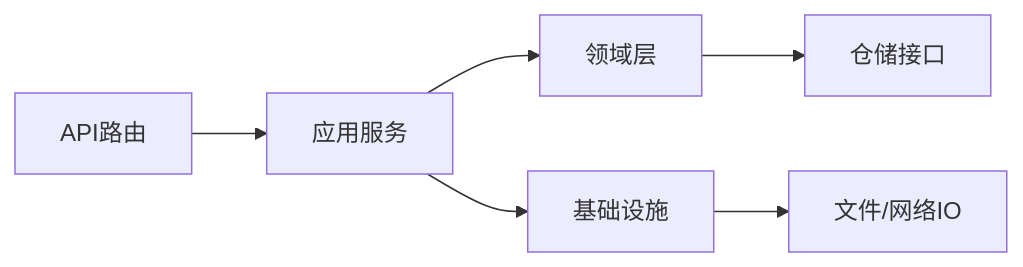
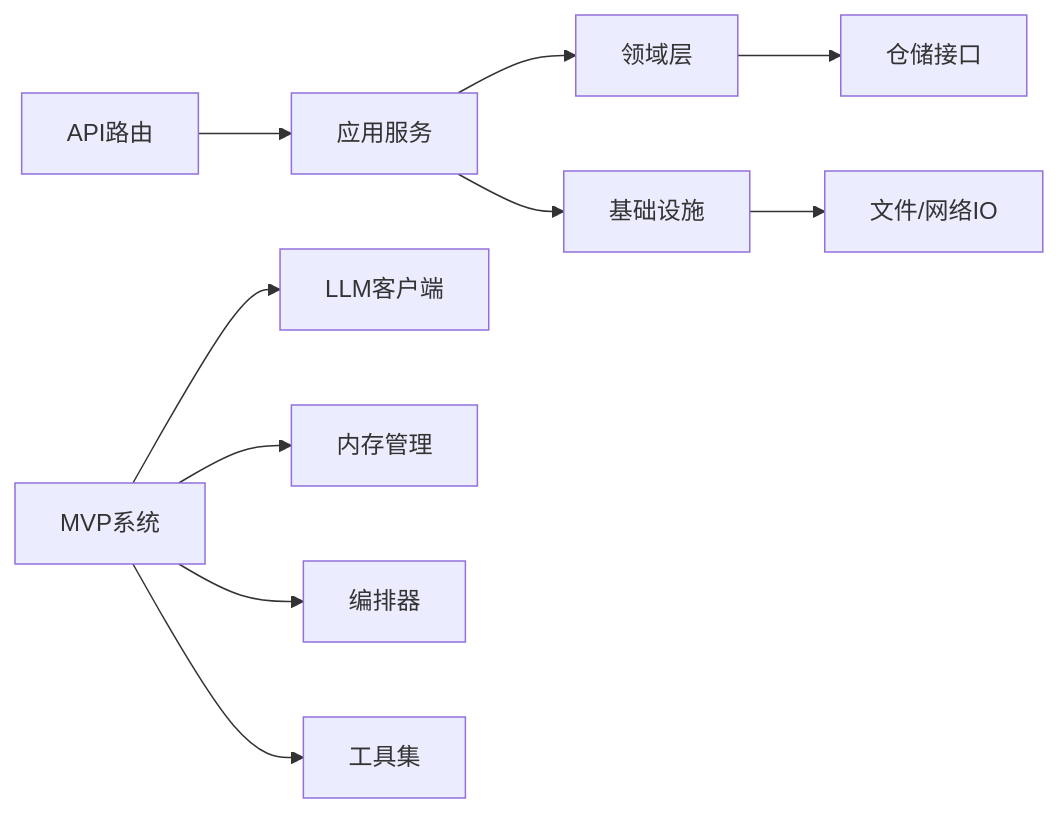
Before and after one commit to octsfm/InkTrace: the eighth of 8 diagrams in .qoder/repowiki/zh/content/核心功能模块/核心功能模块.md, drawn with Mermaid. The commit also changed other lines of this file and 25 other files, not shown here.

````diff
--- a/.qoder/repowiki/zh/content/核心功能模块/核心功能模块.md
+++ b/.qoder/repowiki/zh/content/核心功能模块/核心功能模块.md
@@ -287,8 +349,12 @@
 ```mermaid
 graph LR
 API["API路由"] --> SVC["应用服务"]
 SVC --> DOM["领域层"]
 SVC --> INF["基础设施"]
 DOM --> REPO["仓储接口"]
 INF --> IO["文件/网络IO"]
+MVP["MVP系统"] --> LLM["LLM客户端"]
+MVP --> MEM["内存管理"]
+MVP --> ORCH["编排器"]
+MVP --> TOOLS["工具集"]
 ```
````
